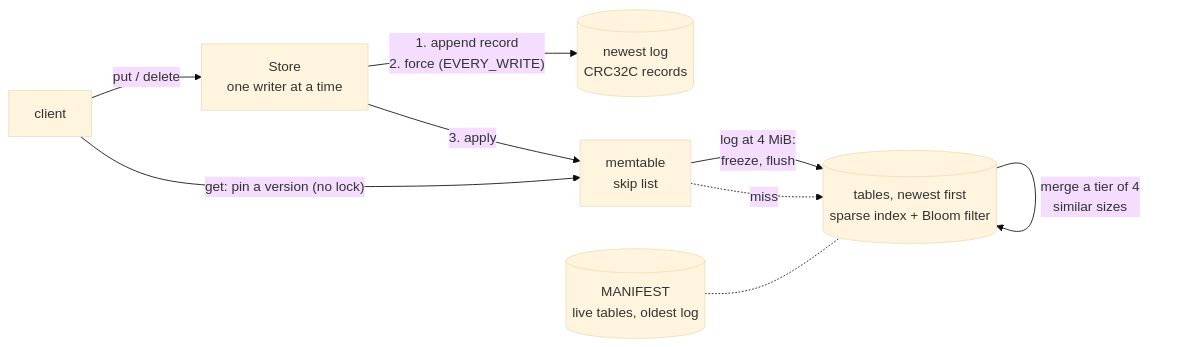
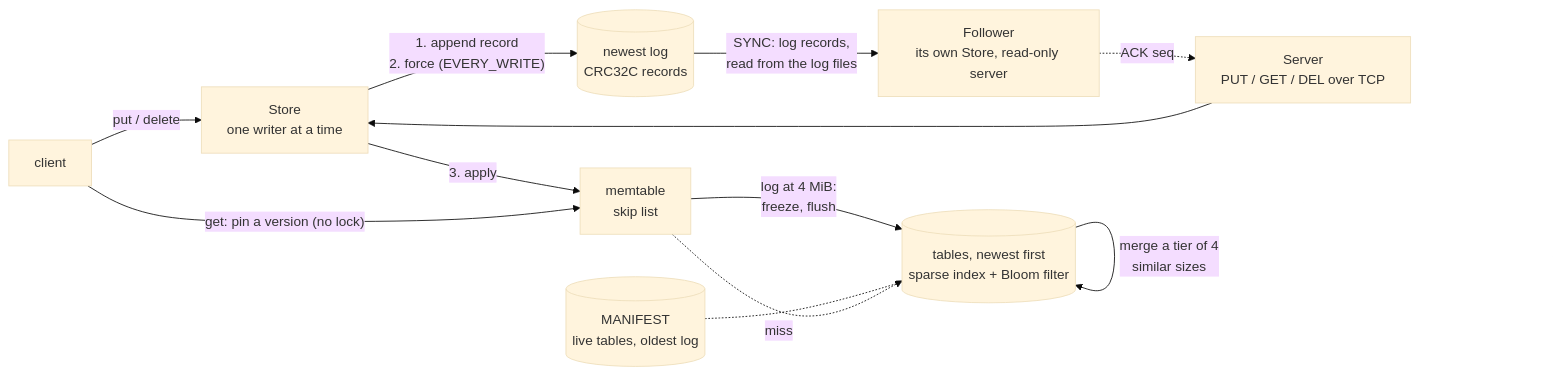
Before and after one commit to vivekdavara/keystore: the diagram in README.md, drawn with Mermaid (base theme). The commit also changed other lines of this file and 2 other files, not shown here.

First line of the commit message:
README: day 3's server and replication, how to run a leader and a follower

````diff
--- a/README.md
+++ b/README.md
@@ -21,11 +24,14 @@
 ```mermaid
 flowchart LR
     client[client] -->|"put / delete"| store[Store<br/>one writer at a time]
     store -->|"1. append record<br/>2. force (EVERY_WRITE)"| wal[(newest log<br/>CRC32C records)]
     store -->|"3. apply"| mem[memtable<br/>skip list]
     mem -->|"log at 4 MiB:<br/>freeze, flush"| sst[(tables, newest first<br/>sparse index + Bloom filter)]
     sst -->|"merge a tier of 4<br/>similar sizes"| sst
     manifest[(MANIFEST<br/>live tables, oldest log)] -.- sst
     client -->|"get: pin a version (no lock)"| mem
     mem -.->|"miss"| sst
+    tcp[Server<br/>PUT / GET / DEL over TCP] --> store
+    wal -->|"SYNC: log records,<br/>read from the log files"| follower[Follower<br/>its own Store, read-only server]
+    follower -.->|"ACK seq"| tcp
 ```
````
